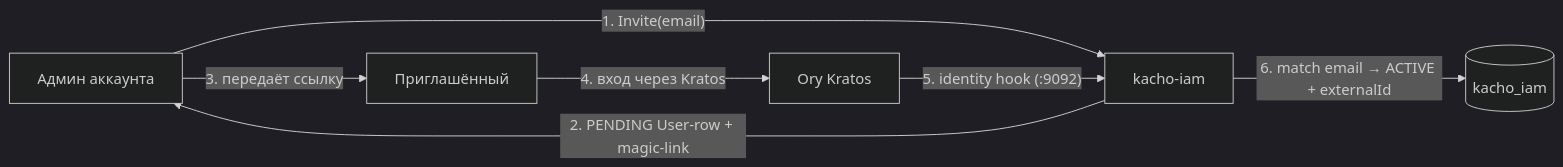
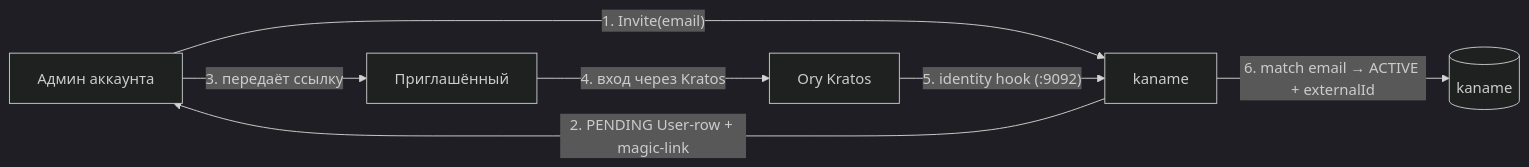
Before and after one commit to PRO-Robotech/kacho: the first of 2 diagrams in services/iam/docs/content/architecture/identity.mdx, drawn with Mermaid (dark theme). The commit also changed other lines of this file and 5005 other files, not shown here.

````diff
--- a/services/iam/docs/content/architecture/identity.mdx
+++ b/services/iam/docs/content/architecture/identity.mdx
@@ -49,9 +49,9 @@
 ```mermaid
 flowchart LR
-  admin["Админ аккаунта"] -->|"1. Invite(email)"| iam["kacho-iam"]
+  admin["Админ аккаунта"] -->|"1. Invite(email)"| iam["kaname"]
   iam -->|"2. PENDING User-row + magic-link"| admin
   admin -->|"3. передаёт ссылку"| user["Приглашённый"]
   user -->|"4. вход через Kratos"| kratos["Ory Kratos"]
   kratos -->|"5. identity hook (:9092)"| iam
-  iam -->|"6. match email → ACTIVE + externalId"| pg[("kacho_iam")]
+  iam -->|"6. match email → ACTIVE + externalId"| pg[("kaname")]
 ```
````
